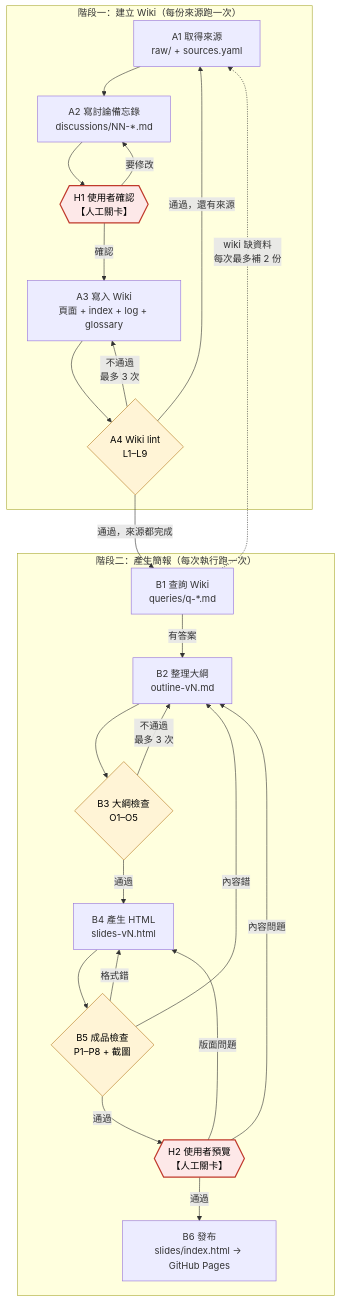
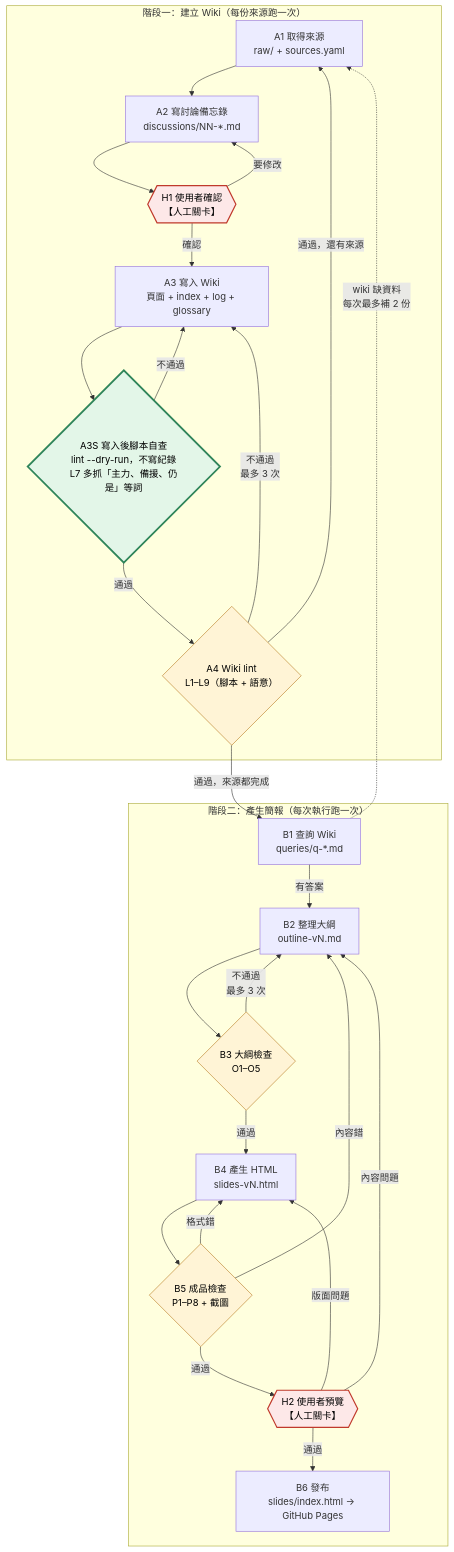
Before and after one commit to 112306071/HW10_HQC-LLM-WIKI: the diagram in workflow/graph.md, drawn with Mermaid. The commit also changed other lines of this file and 11 other files, not shown here.

First line of the commit message:
workflow v1.1: add A3S script self-check, extend L7 timeliness words

````diff
--- a/workflow/graph.md
+++ b/workflow/graph.md
@@ -6,43 +7,48 @@
 ```mermaid
 flowchart TB
     subgraph PA["階段一：建立 Wiki（每份來源跑一次）"]
         A1["A1 取得來源<br/>raw/ + sources.yaml"]
         A2["A2 寫討論備忘錄<br/>discussions/NN-*.md"]
         H1{{"H1 使用者確認<br/>【人工關卡】"}}
         A3["A3 寫入 Wiki<br/>頁面 + index + log + glossary"]
-        A4{"A4 Wiki lint<br/>L1–L9"}
+        A3S{"A3S 寫入後腳本自查<br/>lint --dry-run，不寫紀錄<br/>L7 多抓「主力、備援、仍是」等詞"}
+        A4{"A4 Wiki lint<br/>L1–L9（腳本 + 語意）"}
         A1 --> A2 --> H1
         H1 -- 確認 --> A3
         H1 -- 要修改 --> A2
-        A3 --> A4
+        A3 --> A3S
+        A3S -- 不通過 --> A3
+        A3S -- 通過 --> A4
         A4 -- 不通過<br/>最多 3 次 --> A3
         A4 -- 通過，還有來源 --> A1
     end
 
     subgraph PB["階段二：產生簡報（每次執行跑一次）"]
         B1["B1 查詢 Wiki<br/>queries/q-*.md"]
         B2["B2 整理大綱<br/>outline-vN.md"]
         B3{"B3 大綱檢查<br/>O1–O5"}
         B4["B4 產生 HTML<br/>slides-vN.html"]
         B5{"B5 成品檢查<br/>P1–P8 + 截圖"}
         H2{{"H2 使用者預覽<br/>【人工關卡】"}}
         B6["B6 發布<br/>slides/index.html → GitHub Pages"]
         B1 -- 有答案 --> B2 --> B3
         B3 -- 不通過<br/>最多 3 次 --> B2
         B3 -- 通過 --> B4 --> B5
         B5 -- 格式錯 --> B4
         B5 -- 內容錯 --> B2
         B5 -- 通過 --> H2
         H2 -- 內容問題 --> B2
         H2 -- 版面問題 --> B4
         H2 -- 通過 --> B6
     end
 
     A4 -- 通過，來源都完成 --> B1
     B1 -. wiki 缺資料<br/>每次最多補 2 份 .-> A1
 
     classDef human fill:#fde8e8,stroke:#c0392b,stroke-width:2px,color:#000
     classDef check fill:#fff4d6,stroke:#b7791f,color:#000
     class H1,H2 human
+    classDef changed fill:#e3f6e8,stroke:#2f855a,stroke-width:3px,color:#000
     class A4,B3,B5 check
+    class A3S changed
 ```
````
